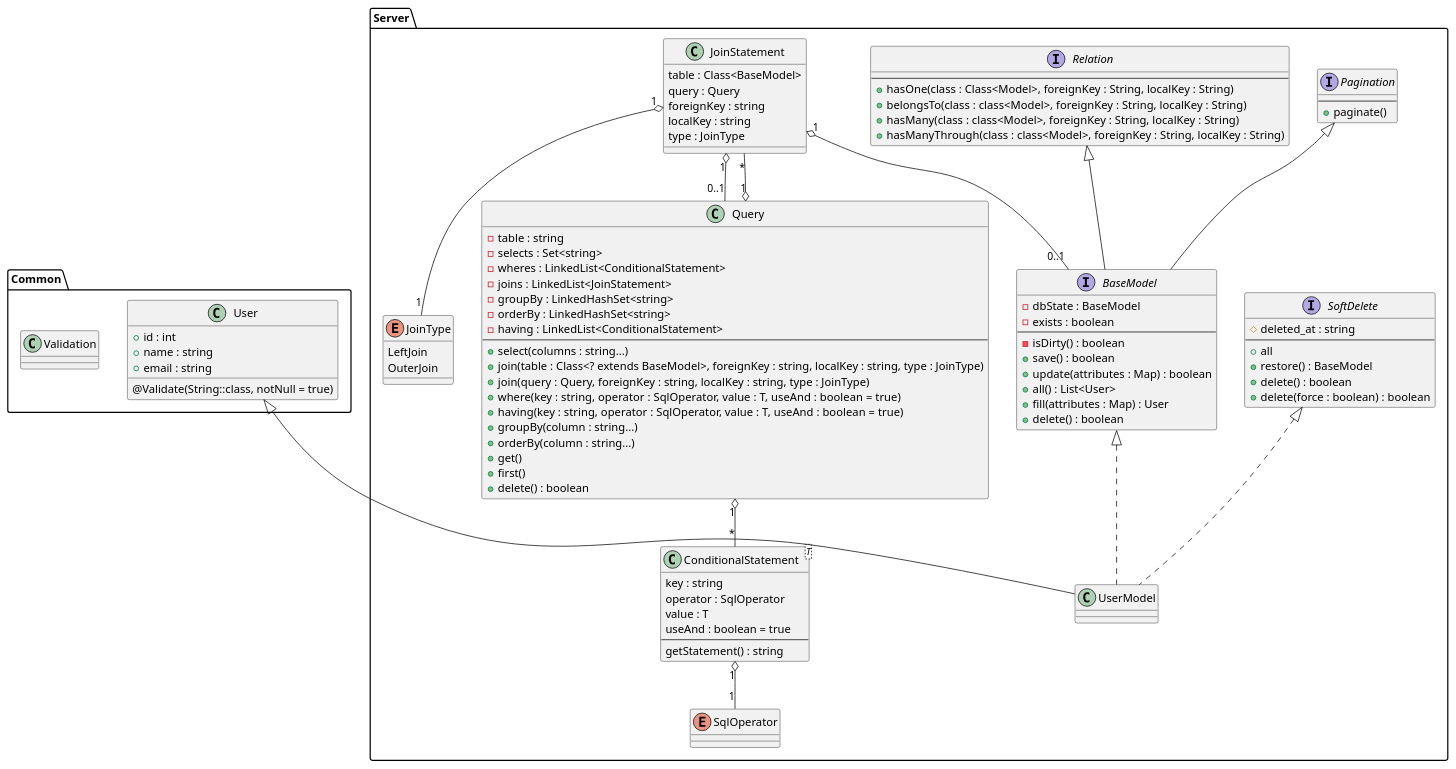
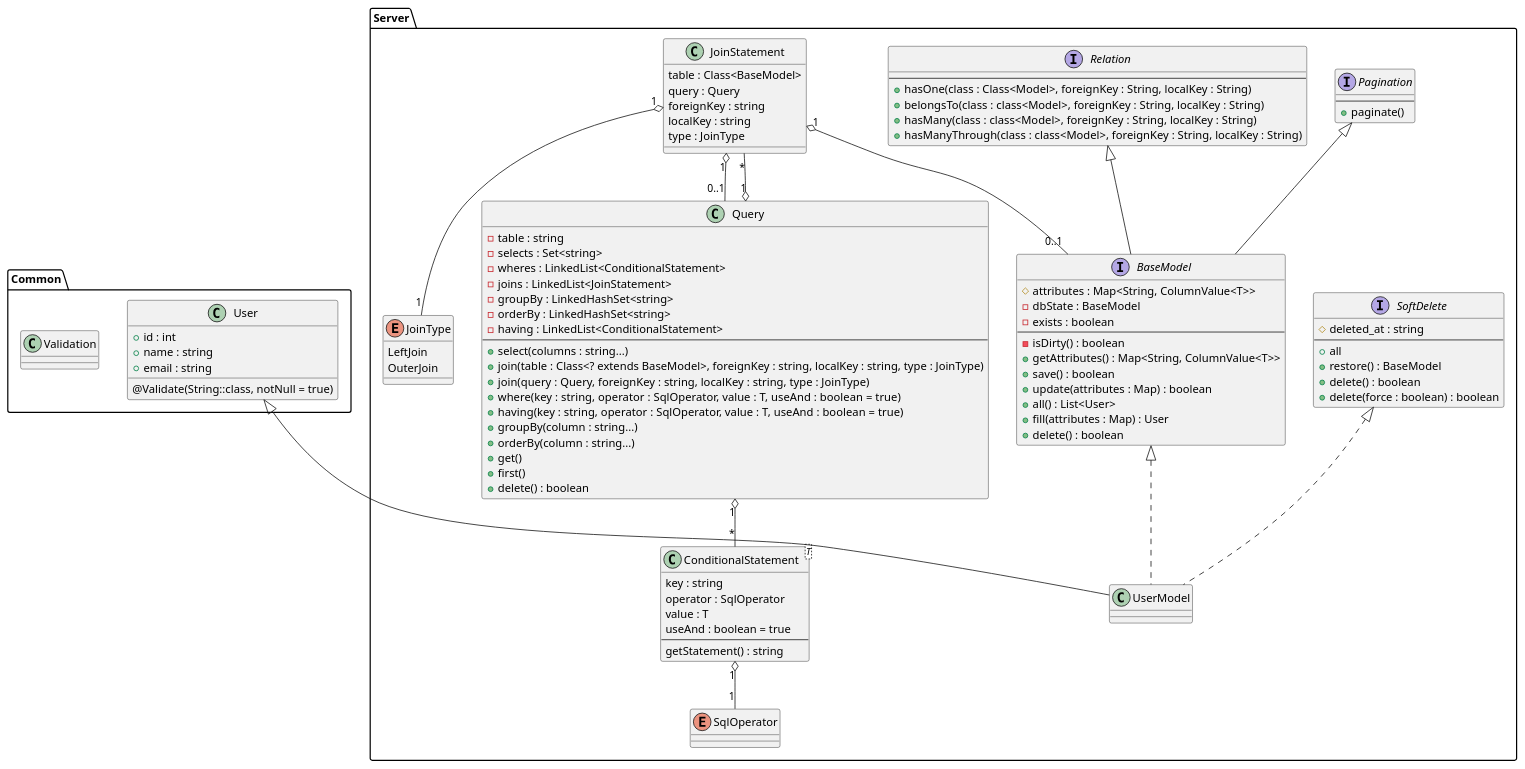
The diagram in orm.puml (asmadsen/pgr200-exam), drawn with PlantUML before and after one commit. The commit also changed 5 other files, not shown here.

```diff
--- a/orm.puml
+++ b/orm.puml
@@ -1,113 +1,115 @@
 @startuml
 
 namespace Common {
     class User {
         +id : int
         +name : string
         @Validate(String::class, notNull = true)
         +email : string
     }
 
     class Validation {
 
     }
 }
 
 namespace Server {
 
     class UserModel extends Common.User implements BaseModel, SoftDelete {
     }
 
     interface BaseModel implements Pagination, Relation {
+        #attributes : Map<String, ColumnValue<T>>
         -dbState : BaseModel
         -exists : boolean
         ---
         -isDirty() : boolean
+        +getAttributes() : Map<String, ColumnValue<T>>
         +save() : boolean
         +update(attributes : Map) : boolean
         +all() : List<User>
         +fill(attributes : Map) : User
         +delete() : boolean
     }
 
     interface Pagination {
         ---
         +paginate()
     }
 
     interface SoftDelete {
         #deleted_at : string
         ---
         +all
         +restore() : BaseModel
         +delete() : boolean
         +delete(force : boolean) : boolean
     }
 
     interface Relation {
         ---
         +hasOne(class : Class<Model>, foreignKey : String, localKey : String)
         +belongsTo(class : class<Model>, foreignKey : String, localKey : String)
         +hasMany(class : class<Model>, foreignKey : String, localKey : String)
         +hasManyThrough(class : class<Model>, foreignKey : String, localKey : String)
     }
 
     class Query {
         -table : string
         -selects : Set<string>
         -wheres : LinkedList<ConditionalStatement>
         -joins : LinkedList<JoinStatement>
         -groupBy : LinkedHashSet<string>
         -orderBy : LinkedHashSet<string>
         -having : LinkedList<ConditionalStatement>
         ---
         +select(columns : string...)
         +join(table : Class<? extends BaseModel>, foreignKey : string, localKey : string, type : JoinType)
         +join(query : Query, foreignKey : string, localKey : string, type : JoinType)
         +where(key : string, operator : SqlOperator, value : T, useAnd : boolean = true)
         +having(key : string, operator : SqlOperator, value : T, useAnd : boolean = true)
         +groupBy(column : string...)
         +orderBy(column : string...)
         +get()
         +first()
         +delete() : boolean
     }
 
     Query "1" o-- "*" ConditionalStatement
     Query "1" o-- "*" JoinStatement
 
     class ConditionalStatement<T> {
         key : string
         operator : SqlOperator
         value : T
         useAnd : boolean = true
         ---
         getStatement() : string
     }
 
     ConditionalStatement "1" o-- "1" SqlOperator
 
     class JoinStatement {
         table : Class<BaseModel>
         query : Query
         foreignKey : string
         localKey : string
         type : JoinType
     }
 
     JoinStatement "1" o-- "1" JoinType
     JoinStatement "1" o-- "0..1" Query
     JoinStatement "1" o-- "0..1" BaseModel
 
     enum SqlOperator {
 
     }
 
     enum JoinType {
         LeftJoin
         OuterJoin
     }
 
 }
 
 @enduml
```
